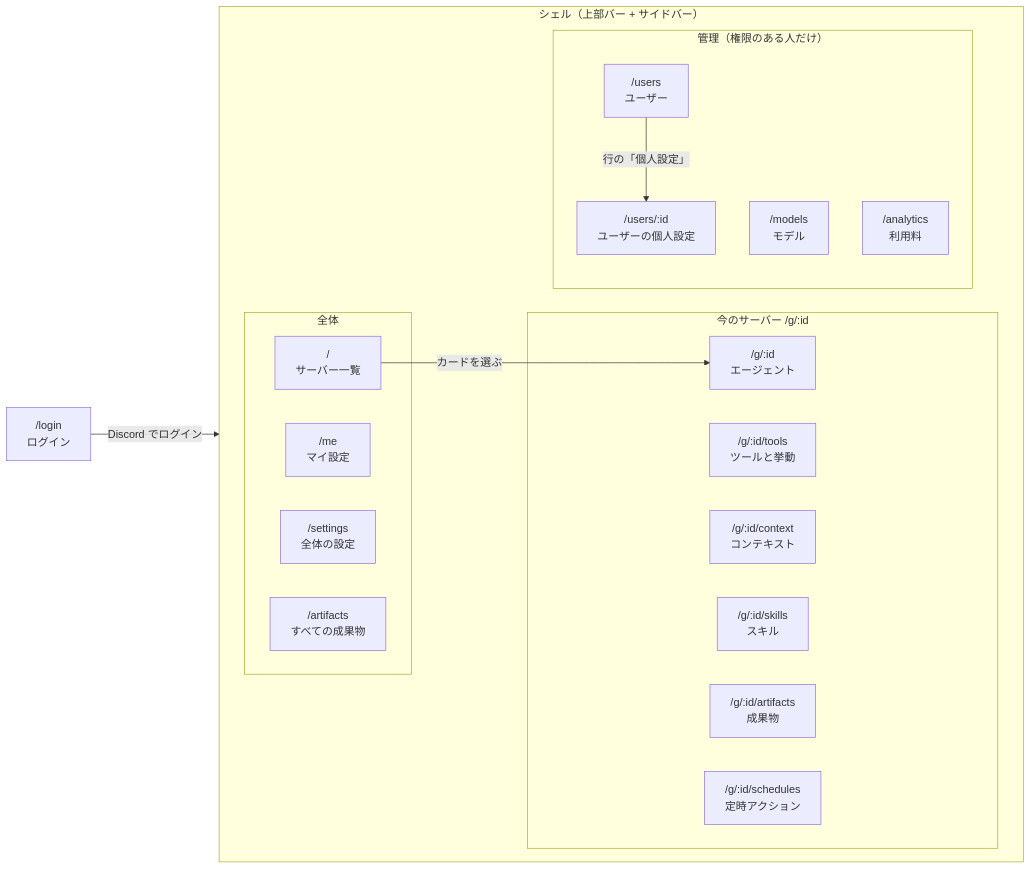
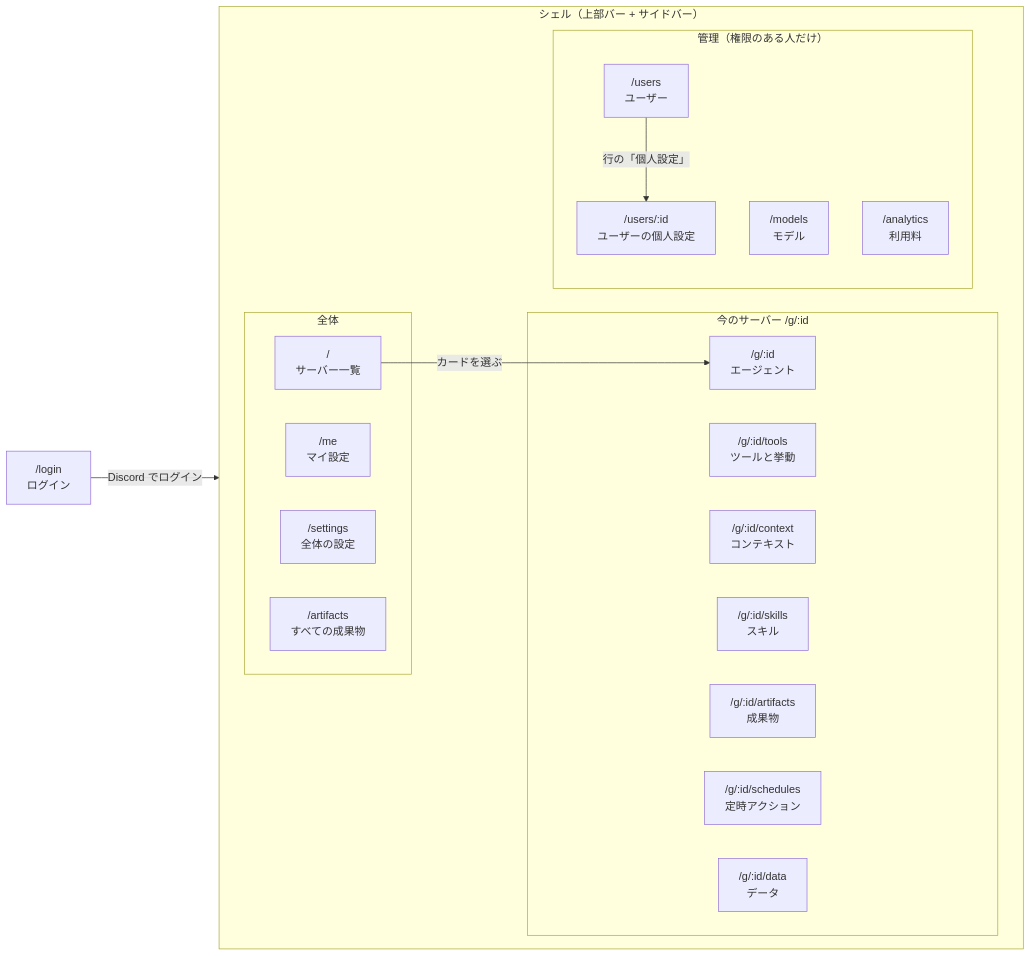
One commit to hsincode/hibana changed the first of 2 diagrams in docs/web-dashboard.md. Above: the diagram before and after it, drawn with Mermaid. The commit also changed other lines of this file and 22 other files, not shown here.

````diff
--- a/docs/web-dashboard.md
+++ b/docs/web-dashboard.md
@@ -9,30 +9,31 @@
 ```mermaid
 flowchart LR
   login["/login<br>ログイン"]
   subgraph shell["シェル（上部バー + サイドバー）"]
     direction LR
     subgraph guild["今のサーバー /g/:id"]
       agent["/g/:id<br>エージェント"]
       tools["/g/:id/tools<br>ツールと挙動"]
       context["/g/:id/context<br>コンテキスト"]
       skills["/g/:id/skills<br>スキル"]
       gart["/g/:id/artifacts<br>成果物"]
       sched["/g/:id/schedules<br>定時アクション"]
+      data["/g/:id/data<br>データ"]
     end
     subgraph all["全体"]
       servers["/<br>サーバー一覧"]
       me["/me<br>マイ設定"]
       appsettings["/settings<br>全体の設定"]
       artifacts["/artifacts<br>すべての成果物"]
     end
     subgraph admin["管理（権限のある人だけ）"]
       users["/users<br>ユーザー"]
       usersettings["/users/:id<br>ユーザーの個人設定"]
       models["/models<br>モデル"]
       analytics["/analytics<br>利用料"]
     end
   end
   login -- "Discord でログイン" --> servers
   servers -- "カードを選ぶ" --> agent
   users -- "行の「個人設定」" --> usersettings
 ```
````
